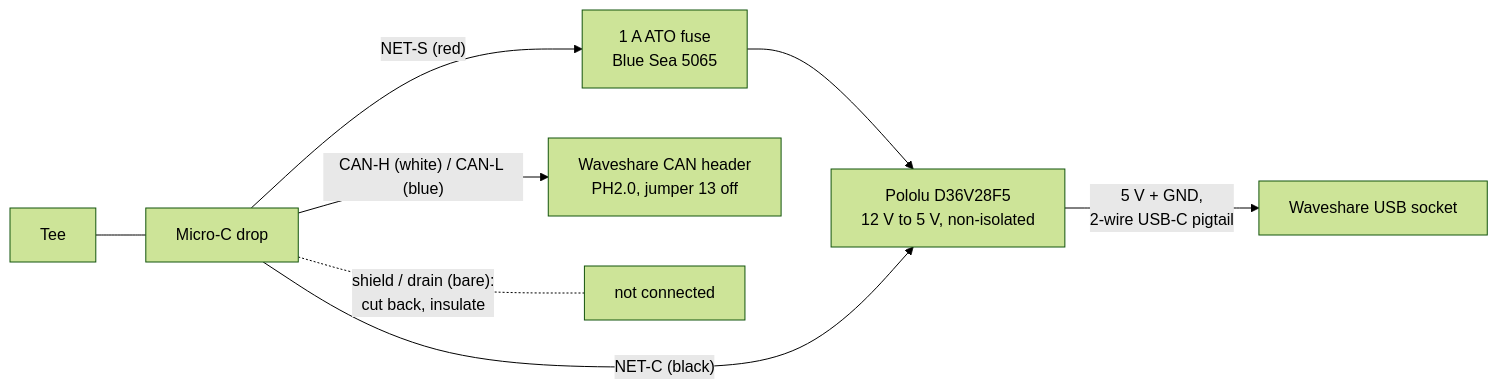
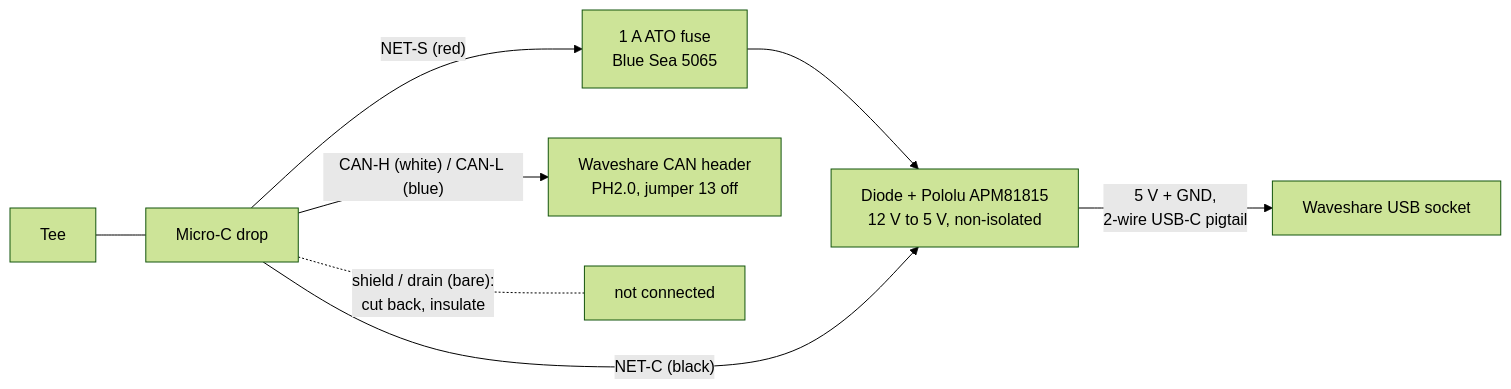
One commit to l-m-y-c/boat-terminal changed the second of 2 diagrams in docs/19-n2k-backbone-install.md. Above: the diagram before and after it, drawn with Mermaid (forest theme). The commit also changed other lines of this file and 5 other files, not shown here.

Commit message:
Switch the N2K power supply to the cheaper Pololu APM81815 and add optional reverse-polarity protection.

````diff
--- a/docs/19-n2k-backbone-install.md
+++ b/docs/19-n2k-backbone-install.md
@@ -131,9 +132,9 @@
 ```mermaid
 flowchart LR
     TEE[Tee] --- DROP[Micro-C drop]
-    DROP -- "NET-S (red)" --> FUSE[1 A ATO fuse<br/>Blue Sea 5065] --> DCDC[Pololu D36V28F5<br/>12 V to 5 V, non-isolated]
+    DROP -- "NET-S (red)" --> FUSE[1 A ATO fuse<br/>Blue Sea 5065] --> DCDC[Diode + Pololu APM81815<br/>12 V to 5 V, non-isolated]
     DROP -- "NET-C (black)" --> DCDC
     DCDC -- "5 V + GND,<br/>2-wire USB-C pigtail" --> USB[Waveshare USB socket]
     DROP -- "CAN-H (white) / CAN-L (blue)" --> CAN[Waveshare CAN header<br/>PH2.0, jumper 13 off]
     DROP -. "shield / drain (bare):<br/>cut back, insulate" .- X[not connected]
 ```
````
